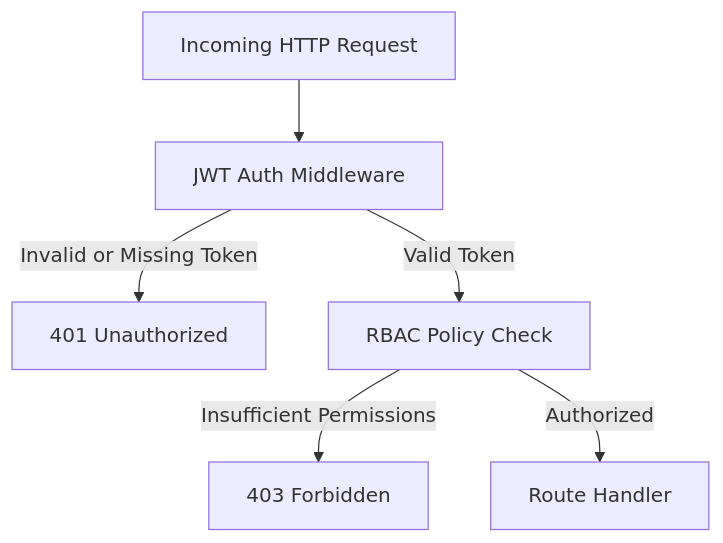
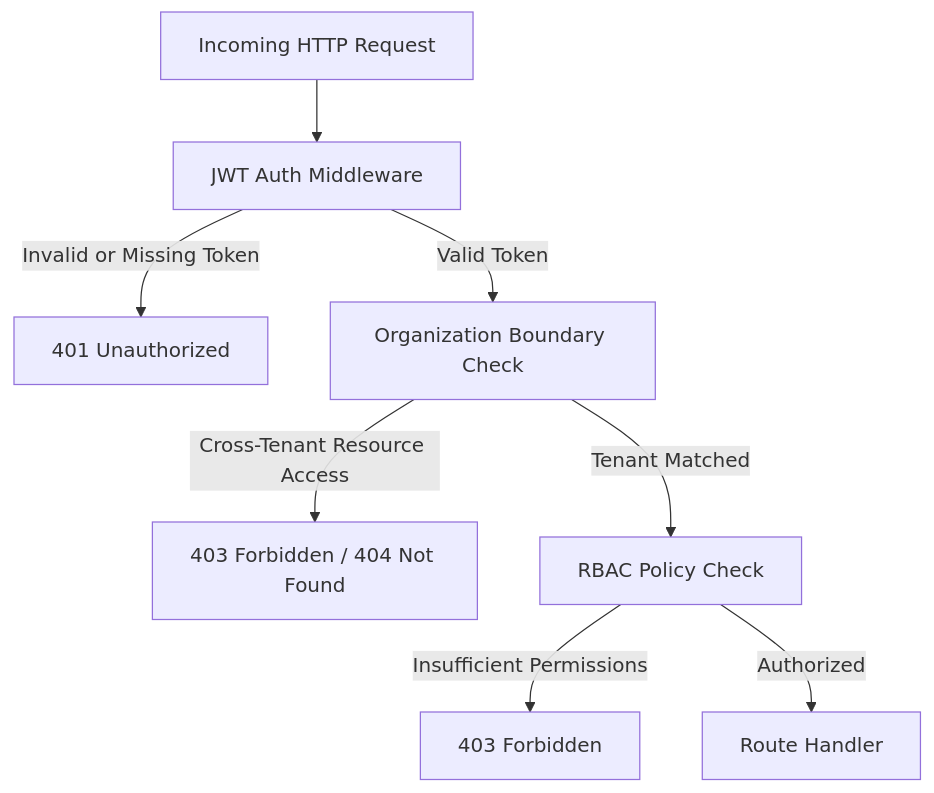
The diagram in docs/security.md (Soumyajit-2808/ai-identity-verification), drawn with Mermaid before and after one commit. The commit also changed other lines of this file and 17 other files, not shown here.

Commit message:
fix(security): resolve verification history auth, multi-tenant audit logs, pii salt enforcement, and storage cleanup

````diff
--- a/docs/security.md
+++ b/docs/security.md
@@ -24,8 +24,10 @@
 ```mermaid
 flowchart TD
     Req[Incoming HTTP Request] --> AuthMw[JWT Auth Middleware]
     AuthMw -->|Invalid or Missing Token| Deny401[401 Unauthorized]
-    AuthMw -->|Valid Token| RoleMw[RBAC Policy Check]
-    RoleMw -->|Insufficient Permissions| Deny403[403 Forbidden]
+    AuthMw -->|Valid Token| TenantMw[Organization Boundary Check]
+    TenantMw -->|Cross-Tenant Resource Access| Deny403[403 Forbidden / 404 Not Found]
+    TenantMw -->|Tenant Matched| RoleMw[RBAC Policy Check]
+    RoleMw -->|Insufficient Permissions| Deny403Role[403 Forbidden]
     RoleMw -->|Authorized| Controller[Route Handler]
 ```
````
